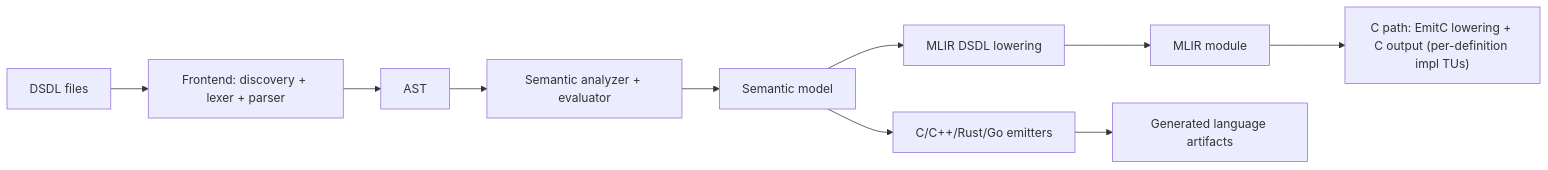
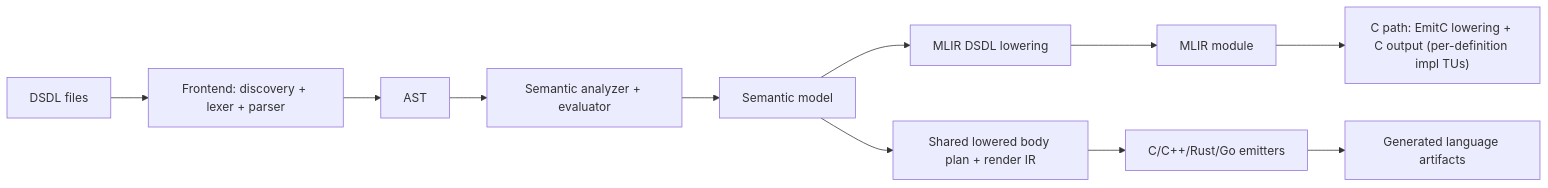
One commit to thirtytwobits/llvm-dsdl changed the diagram in DESIGN.md. Above: the diagram before and after it, drawn with Mermaid. The commit also changed other lines of this file and 51 other files, not shown here.

````diff
--- a/DESIGN.md
+++ b/DESIGN.md
@@ -25,12 +25,13 @@
 ```mermaid
 flowchart LR
   A["DSDL files"] --> B["Frontend: discovery + lexer + parser"]
   B --> C["AST"]
   C --> D["Semantic analyzer + evaluator"]
   D --> E["Semantic model"]
   E --> F["MLIR DSDL lowering"]
   F --> G["MLIR module"]
   G --> H["C path: EmitC lowering + C output (per-definition impl TUs)"]
-  E --> I["C/C++/Rust/Go emitters"]
+  E --> K["Shared lowered body plan + render IR"]
+  K --> I["C/C++/Rust/Go emitters"]
   I --> J["Generated language artifacts"]
 ```
````
